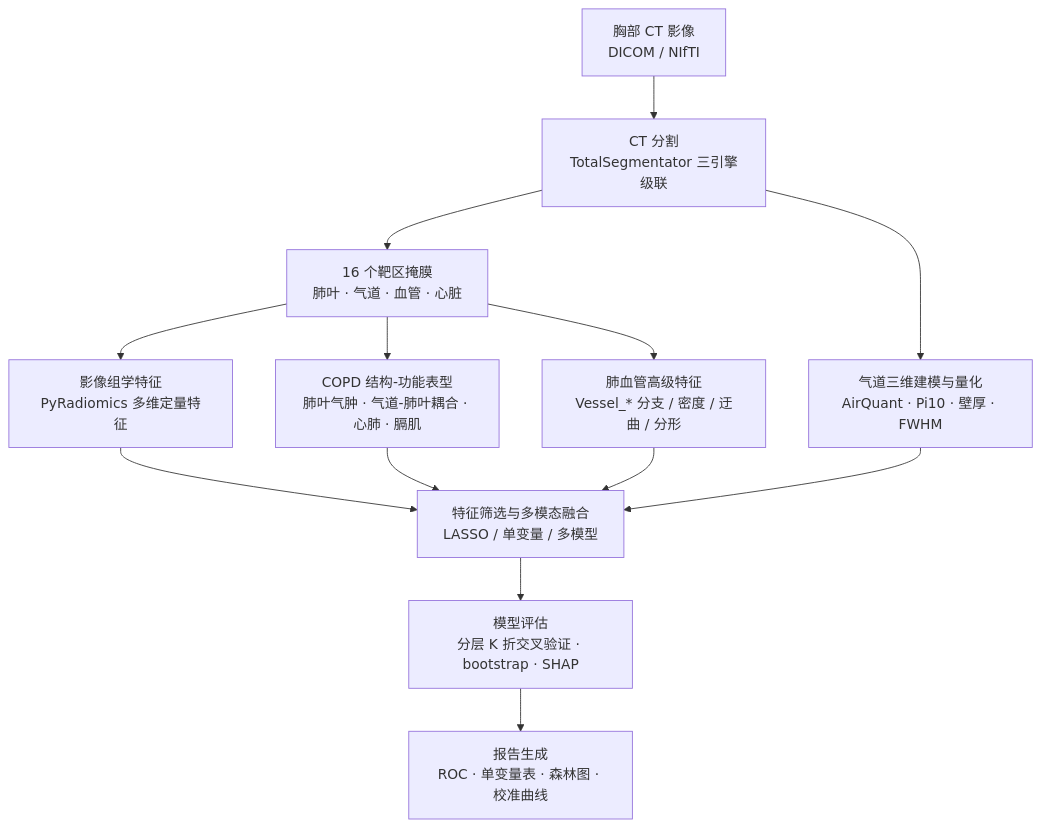
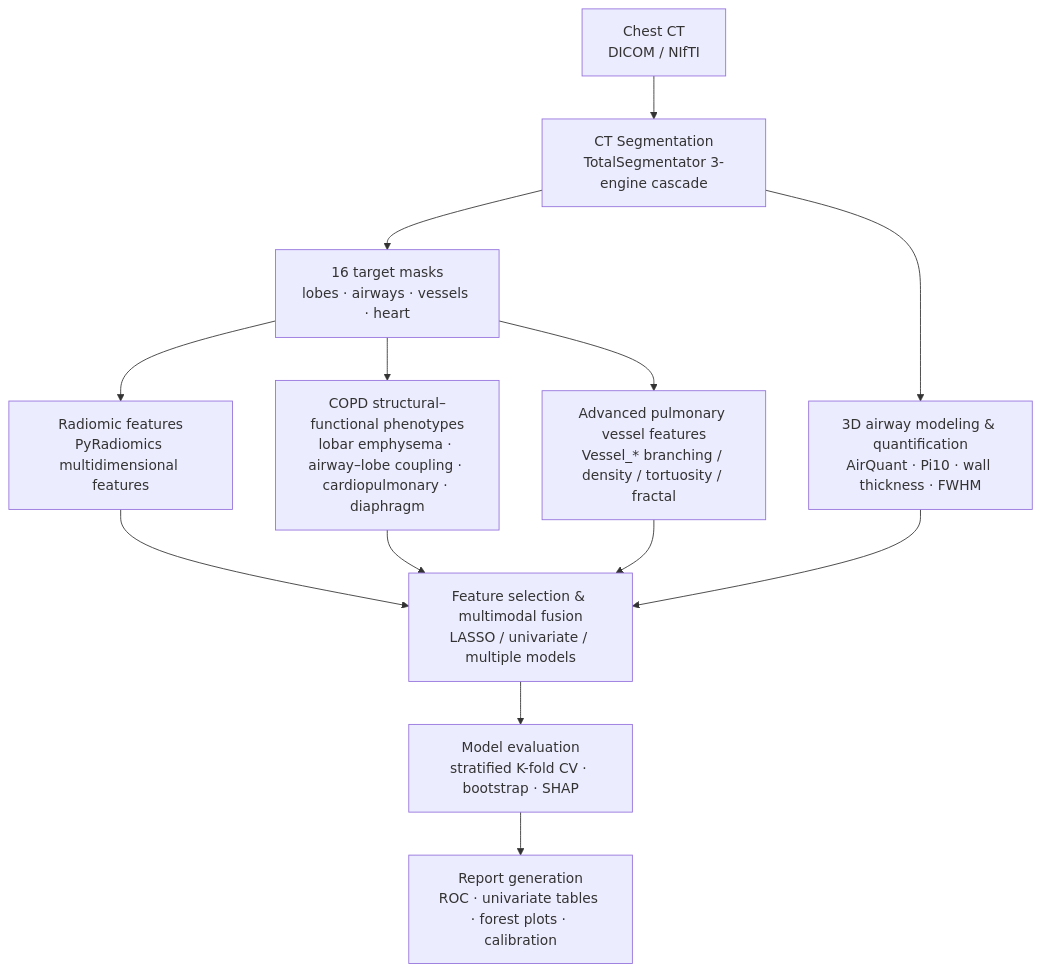
The diagram in README.md (Distagon-T/copd-radiomics), drawn with Mermaid before and after one commit. The commit also changed other lines of this file and 1 other file, not shown here.

````diff
--- a/README.md
+++ b/README.md
@@ -20,12 +22,12 @@
 ```mermaid
 flowchart TD
-    A[胸部 CT 影像<br/>DICOM / NIfTI] --> B[CT 分割<br/>TotalSegmentator 三引擎级联]
-    B --> C[16 个靶区掩膜<br/>肺叶 · 气道 · 血管 · 心脏]
-    C --> D[影像组学特征<br/>PyRadiomics 多维定量特征]
-    C --> E[COPD 结构-功能表型<br/>肺叶气肿 · 气道-肺叶耦合 · 心肺 · 膈肌]
-    C --> F[肺血管高级特征<br/>Vessel_* 分支 / 密度 / 迂曲 / 分形]
-    B --> G[气道三维建模与量化<br/>AirQuant · Pi10 · 壁厚 · FWHM]
-    D & E & F & G --> H[特征筛选与多模态融合<br/>LASSO / 单变量 / 多模型]
-    H --> I[模型评估<br/>分层 K 折交叉验证 · bootstrap · SHAP]
-    I --> J[报告生成<br/>ROC · 单变量表 · 森林图 · 校准曲线]
+    A[Chest CT<br/>DICOM / NIfTI] --> B[CT Segmentation<br/>TotalSegmentator 3-engine cascade]
+    B --> C[16 target masks<br/>lobes · airways · vessels · heart]
+    C --> D[Radiomic features<br/>PyRadiomics multidimensional features]
+    C --> E[COPD structural–functional phenotypes<br/>lobar emphysema · airway–lobe coupling · cardiopulmonary · diaphragm]
+    C --> F[Advanced pulmonary vessel features<br/>Vessel_* branching / density / tortuosity / fractal]
+    B --> G[3D airway modeling & quantification<br/>AirQuant · Pi10 · wall thickness · FWHM]
+    D & E & F & G --> H[Feature selection & multimodal fusion<br/>LASSO / univariate / multiple models]
+    H --> I[Model evaluation<br/>stratified K-fold CV · bootstrap · SHAP]
+    I --> J[Report generation<br/>ROC · univariate tables · forest plots · calibration]
 ```
````
